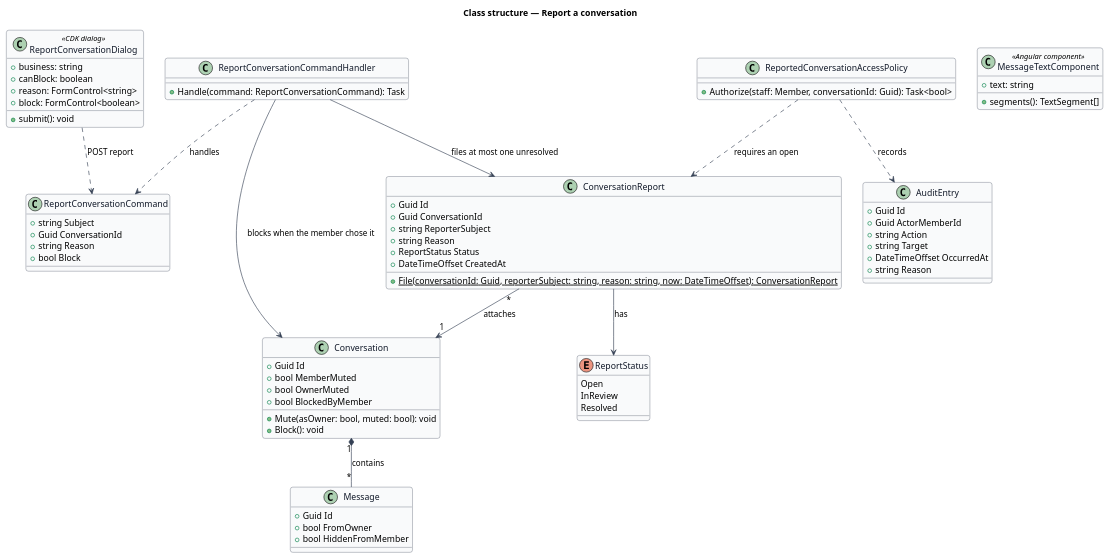
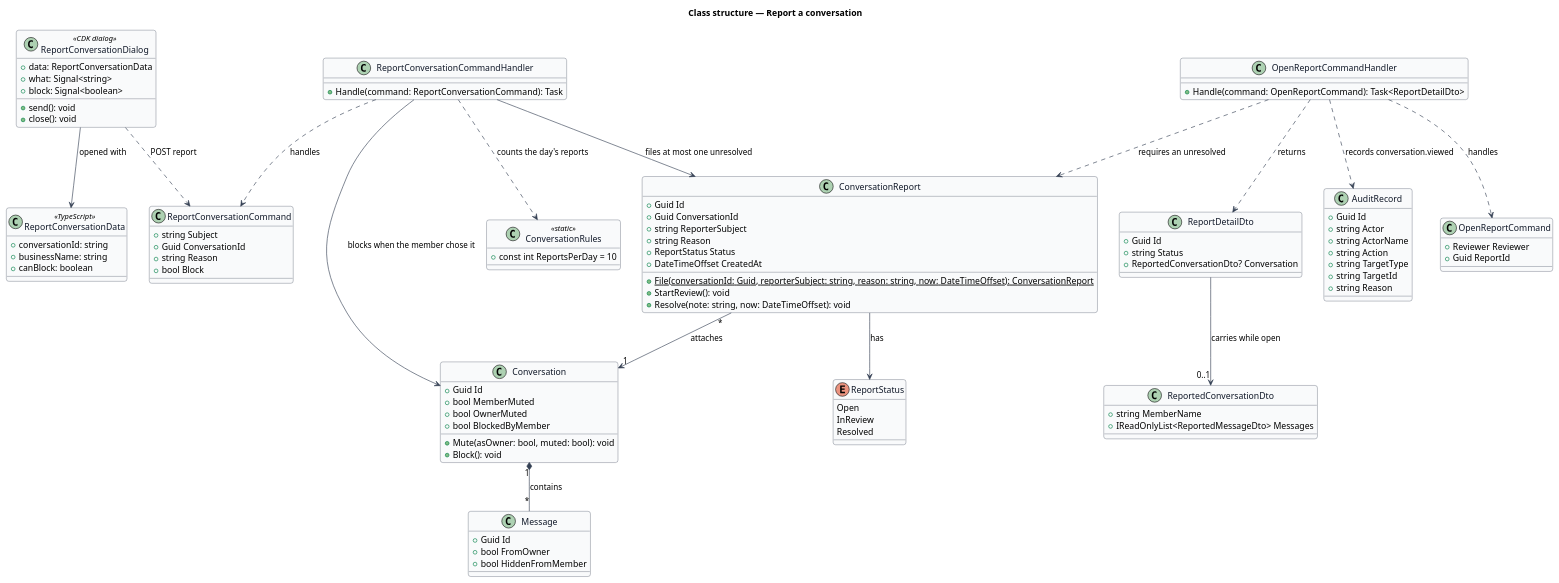
One commit to QuinntyneBrown/jubilee changed the diagram in docs/detailed-designs/messaging/report-conversation/diagrams/class-structure.puml. Above: the diagram before and after it, drawn with PlantUML. The commit also changed 62 other files, not shown here.

```diff
--- a/docs/detailed-designs/messaging/report-conversation/diagrams/class-structure.puml
+++ b/docs/detailed-designs/messaging/report-conversation/diagrams/class-structure.puml
@@ -1,84 +1,109 @@
 @startuml
 ' --- shared skin header ---
 skinparam backgroundColor #FFFFFF
 skinparam shadowing false
 skinparam roundcorner 8
 skinparam defaultFontName Arial
 skinparam ArrowColor #344054
 skinparam class {
   BorderColor #344054
   FontColor #101828
   BackgroundColor #F9FAFB
 }
 ' --------------------------
 title Class structure — Report a conversation
 
 class ReportConversationDialog <<CDK dialog>> {
-  +business: string
+  +data: ReportConversationData
+  +what: Signal<string>
+  +block: Signal<boolean>
+  +send(): void
+  +close(): void
+}
+class ReportConversationData <<TypeScript>> {
+  +conversationId: string
+  +businessName: string
   +canBlock: boolean
-  +reason: FormControl<string>
-  +block: FormControl<boolean>
-  +submit(): void
-}
-class MessageTextComponent <<Angular component>> {
-  +text: string
-  +segments(): TextSegment[]
 }
 class ReportConversationCommand {
   +string Subject
   +Guid ConversationId
   +string Reason
   +bool Block
 }
 class ReportConversationCommandHandler {
   +Handle(command: ReportConversationCommand): Task
 }
+class ConversationRules <<static>> {
+  +const int ReportsPerDay = 10
+}
 class ConversationReport {
   +Guid Id
   +Guid ConversationId
   +string ReporterSubject
   +string Reason
   +ReportStatus Status
   +DateTimeOffset CreatedAt
   +{static} File(conversationId: Guid, reporterSubject: string, reason: string, now: DateTimeOffset): ConversationReport
+  +StartReview(): void
+  +Resolve(note: string, now: DateTimeOffset): void
 }
 enum ReportStatus {
   Open
   InReview
   Resolved
 }
 class Conversation {
   +Guid Id
   +bool MemberMuted
   +bool OwnerMuted
   +bool BlockedByMember
   +Mute(asOwner: bool, muted: bool): void
   +Block(): void
 }
 class Message {
   +Guid Id
   +bool FromOwner
   +bool HiddenFromMember
 }
-class ReportedConversationAccessPolicy {
-  +Authorize(staff: Member, conversationId: Guid): Task<bool>
+class OpenReportCommand {
+  +Reviewer Reviewer
+  +Guid ReportId
 }
-class AuditEntry {
+class OpenReportCommandHandler {
+  +Handle(command: OpenReportCommand): Task<ReportDetailDto>
+}
+class ReportDetailDto {
   +Guid Id
-  +Guid ActorMemberId
+  +string Status
+  +ReportedConversationDto? Conversation
+}
+class ReportedConversationDto {
+  +string MemberName
+  +IReadOnlyList<ReportedMessageDto> Messages
+}
+class AuditRecord {
+  +Guid Id
+  +string Actor
+  +string ActorName
   +string Action
-  +string Target
-  +DateTimeOffset OccurredAt
+  +string TargetType
+  +string TargetId
   +string Reason
 }
 
+ReportConversationDialog --> ReportConversationData : opened with
 ReportConversationDialog ..> ReportConversationCommand : POST report
 ReportConversationCommandHandler ..> ReportConversationCommand : handles
+ReportConversationCommandHandler ..> ConversationRules : counts the day's reports
 ReportConversationCommandHandler --> ConversationReport : files at most one unresolved
 ReportConversationCommandHandler --> Conversation : blocks when the member chose it
 ConversationReport --> ReportStatus : has
 ConversationReport "*" --> "1" Conversation : attaches
 Conversation "1" *-- "*" Message : contains
-ReportedConversationAccessPolicy ..> ConversationReport : requires an open
-ReportedConversationAccessPolicy ..> AuditEntry : records
+OpenReportCommandHandler ..> OpenReportCommand : handles
+OpenReportCommandHandler ..> ConversationReport : requires an unresolved
+OpenReportCommandHandler ..> ReportDetailDto : returns
+ReportDetailDto --> "0..1" ReportedConversationDto : carries while open
+OpenReportCommandHandler ..> AuditRecord : records conversation.viewed
 @enduml
```
